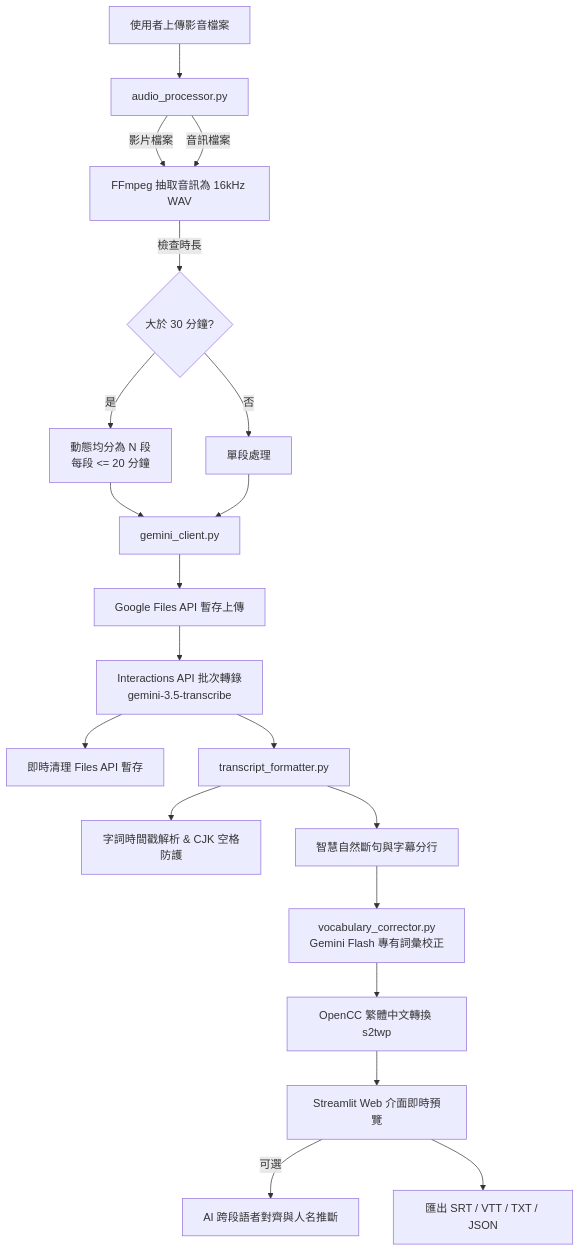
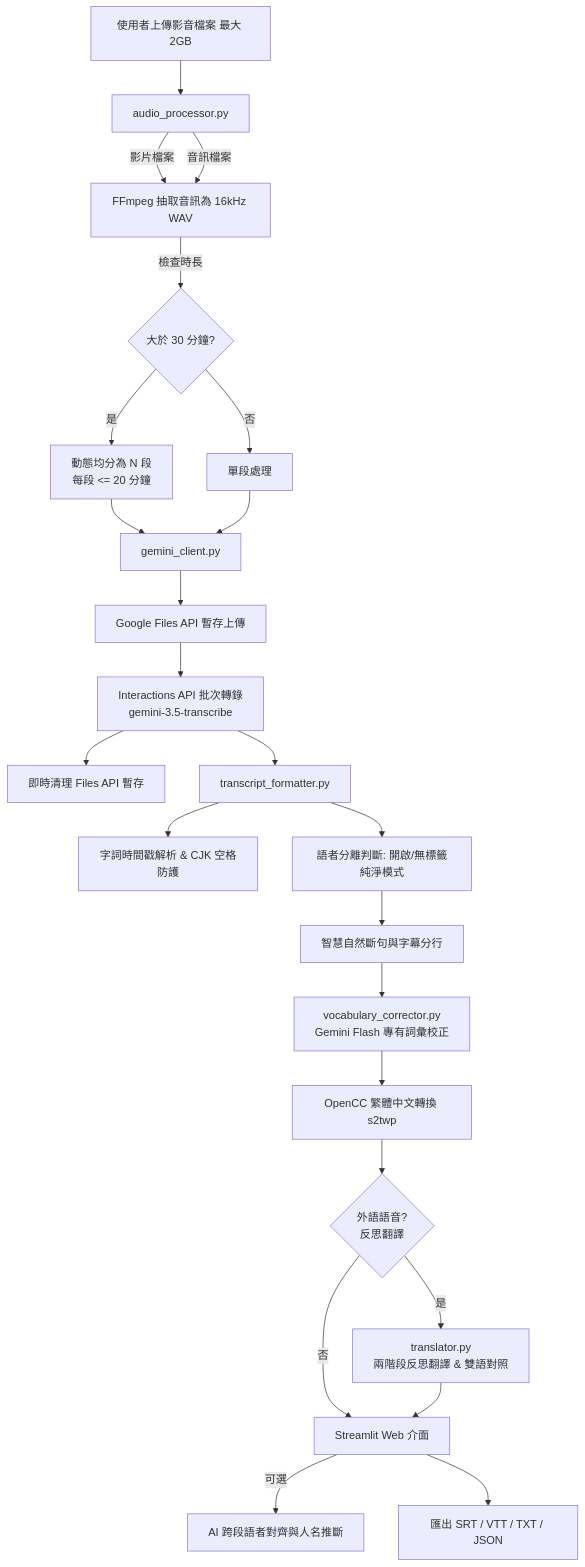
The diagram in README.md (japen0617/gemini_Transcribe), drawn with Mermaid before and after one commit. The commit also changed other lines of this file, not shown here.

````diff
--- a/README.md
+++ b/README.md
@@ -66,22 +69,26 @@
 ```mermaid
 graph TD
-    A[使用者上傳影音檔案] --> B[audio_processor.py]
+    A[使用者上傳影音檔案 最大 2GB] --> B[audio_processor.py]
     B -->|影片檔案| C[FFmpeg 抽取音訊為 16kHz WAV]
     B -->|音訊檔案| C
     C -->|檢查時長| D{大於 30 分鐘?}
     D -->|是| E[動態均分為 N 段<br/>每段 <= 20 分鐘]
     D -->|否| F[單段處理]
     E --> G[gemini_client.py]
     F --> G
     G --> H[Google Files API 暫存上傳]
     H --> I[Interactions API 批次轉錄<br/>gemini-3.5-transcribe]
     I --> J[即時清理 Files API 暫存]
     I --> K[transcript_formatter.py]
     K --> L[字詞時間戳解析 & CJK 空格防護]
-    K --> M[智慧自然斷句與字幕分行]
-    M --> N[vocabulary_corrector.py<br/>Gemini Flash 專有詞彙校正]
-    N --> O[OpenCC 繁體中文轉換 s2twp]
-    O --> P[Streamlit Web 介面即時預覽]
-    P -->|可選| Q[AI 跨段語者對齊與人名推斷]
-    P --> R[匯出 SRT / VTT / TXT / JSON]
+    K --> M[語者分離判斷: 開啟/無標籤純淨模式]
+    M --> N[智慧自然斷句與字幕分行]
+    N --> O[vocabulary_corrector.py<br/>Gemini Flash 專有詞彙校正]
+    O --> P[OpenCC 繁體中文轉換 s2twp]
+    P --> Q{外語語音?<br/>反思翻譯}
+    Q -->|是| R[translator.py<br/>兩階段反思翻譯 & 雙語對照]
+    Q -->|否| S[Streamlit Web 介面]
+    R --> S
+    S -->|可選| T[AI 跨段語者對齊與人名推斷]
+    S --> U[匯出 SRT / VTT / TXT / JSON]
 ```
````
